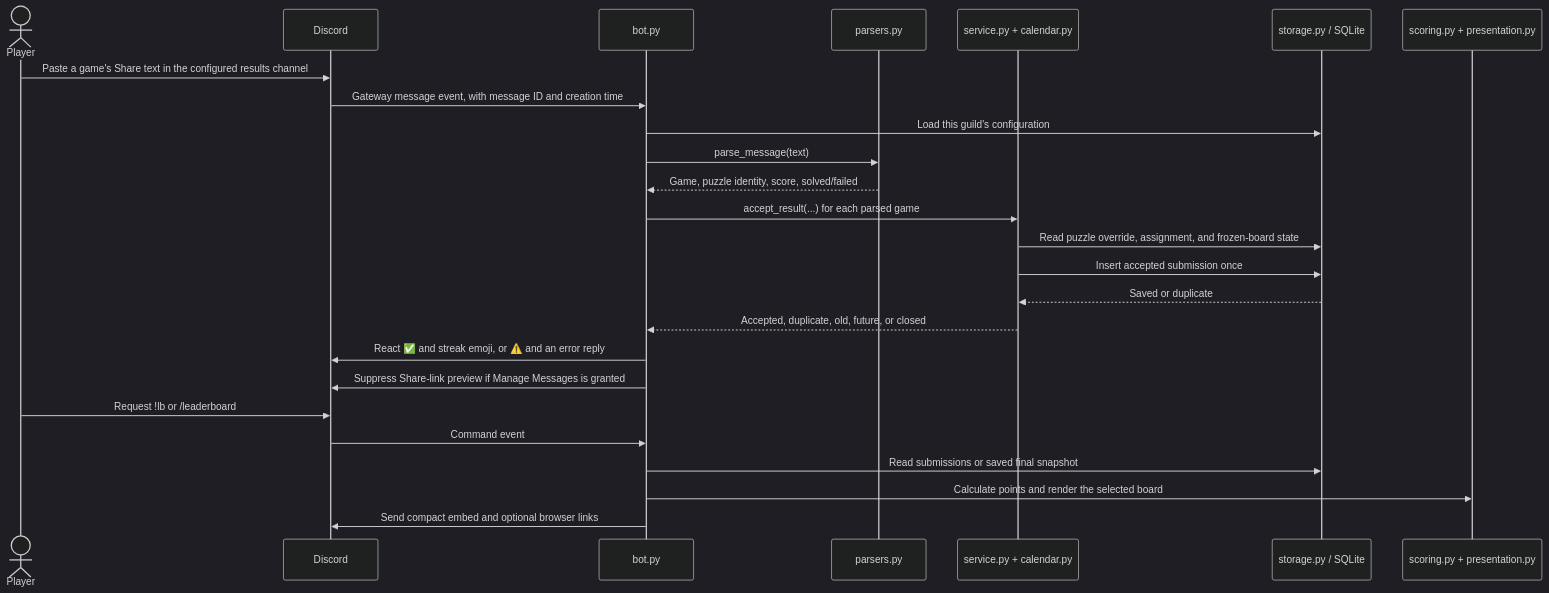
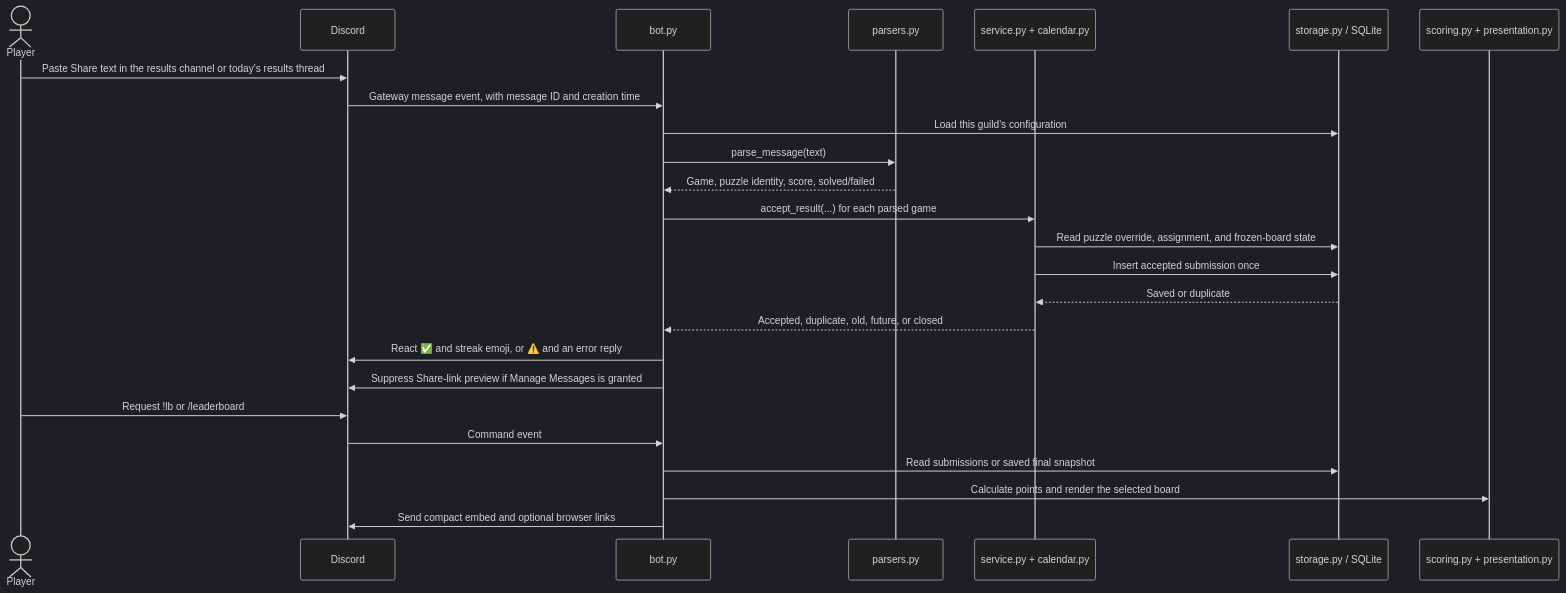
The second of 2 diagrams in ARCHITECTURE.md (Stungler/Daily-Podium), drawn with Mermaid (dark theme) before and after one commit. The commit also changed other lines of this file and 12 other files, not shown here.

Commit message:
feat(discord): add per-server daily results threads

````diff
--- a/ARCHITECTURE.md
+++ b/ARCHITECTURE.md
@@ -56,28 +56,28 @@
 ```mermaid
 sequenceDiagram
     actor Player
     participant Discord
     participant Bot as bot.py
     participant Parser as parsers.py
     participant Rules as service.py + calendar.py
     participant Store as storage.py / SQLite
     participant View as scoring.py + presentation.py
 
-    Player->>Discord: Paste a game's Share text in the configured results channel
+    Player->>Discord: Paste Share text in the results channel or today's results thread
     Discord->>Bot: Gateway message event, with message ID and creation time
     Bot->>Store: Load this guild's configuration
     Bot->>Parser: parse_message(text)
     Parser-->>Bot: Game, puzzle identity, score, solved/failed
     Bot->>Rules: accept_result(...) for each parsed game
     Rules->>Store: Read puzzle override, assignment, and frozen-board state
     Rules->>Store: Insert accepted submission once
     Store-->>Rules: Saved or duplicate
     Rules-->>Bot: Accepted, duplicate, old, future, or closed
     Bot->>Discord: React ✅ and streak emoji, or ⚠️ and an error reply
     Bot->>Discord: Suppress Share-link preview if Manage Messages is granted
     Player->>Discord: Request !lb or /leaderboard
     Discord->>Bot: Command event
     Bot->>Store: Read submissions or saved final snapshot
     Bot->>View: Calculate points and render the selected board
     Bot->>Discord: Send compact embed and optional browser links
 ```
````
